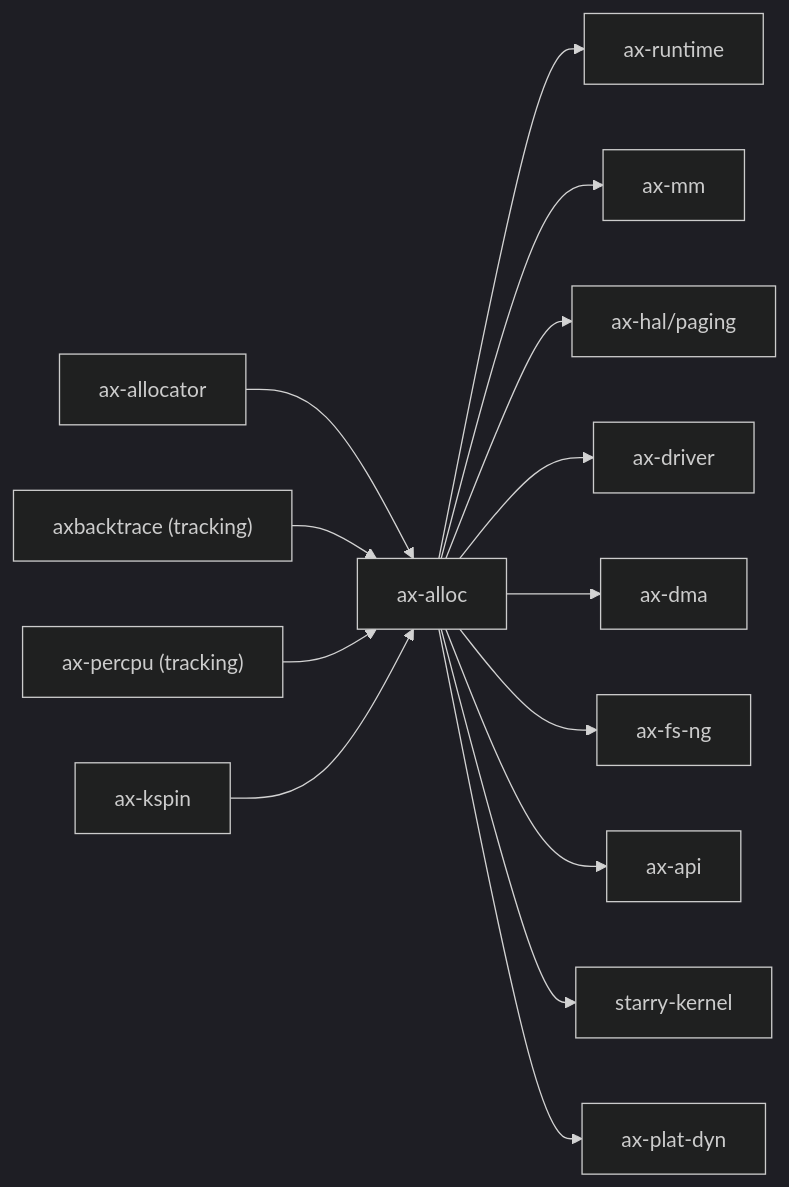
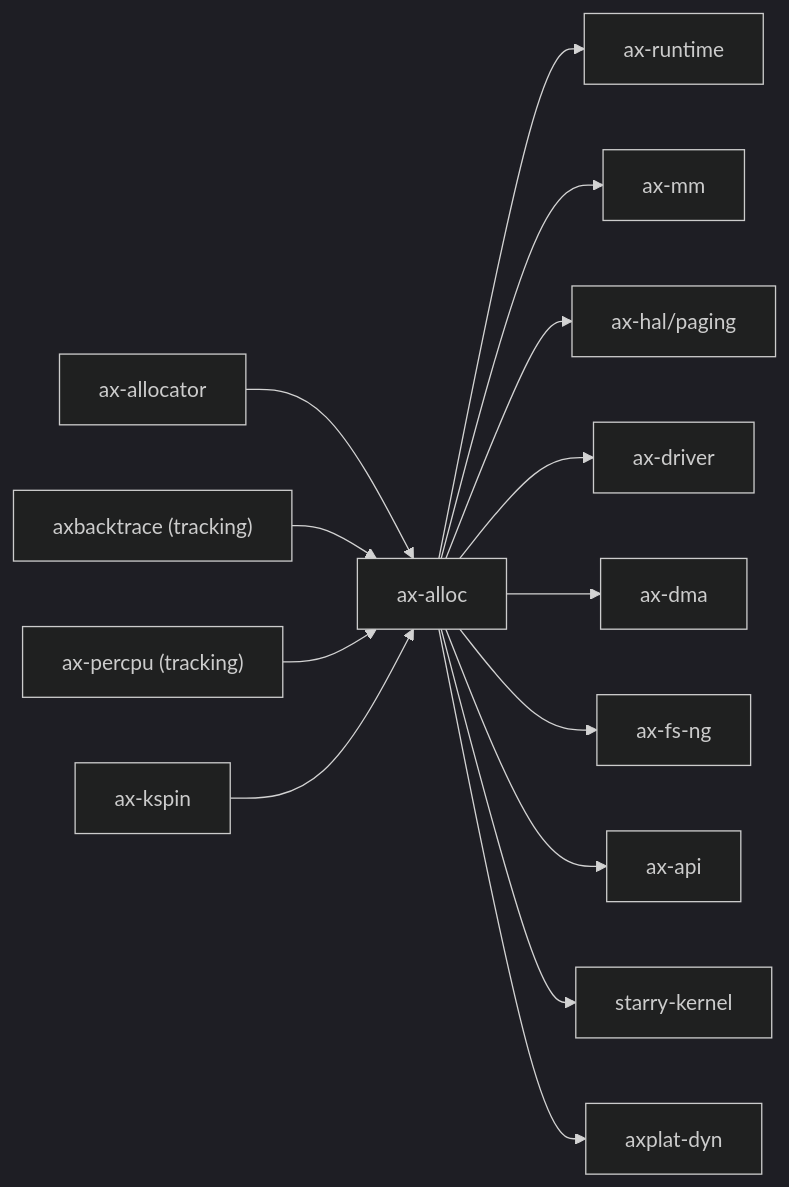
One commit to rcore-os/tgoskits changed the second of 2 diagrams in docs/docs/components/crates/ax-alloc.md. Above: the diagram before and after it, drawn with Mermaid (dark theme). The commit also changed 38 other files, not shown here.

First line of the commit message:
refactor: restructure axplat-dyn platform module

````diff
--- a/docs/docs/components/crates/ax-alloc.md
+++ b/docs/docs/components/crates/ax-alloc.md
@@ -82,17 +82,17 @@
 ```mermaid
 graph LR
     ax-allocator["ax-allocator"] --> ax-alloc["ax-alloc"]
     axbacktrace["axbacktrace (tracking)"] --> ax-alloc
     ax-percpu["ax-percpu (tracking)"] --> ax-alloc
     ax_kspin["ax-kspin"] --> ax-alloc
 
     ax-alloc --> ax-runtime["ax-runtime"]
     ax-alloc --> ax-mm["ax-mm"]
     ax-alloc --> ax-hal["ax-hal/paging"]
     ax-alloc --> ax-driver["ax-driver"]
     ax-alloc --> ax_dma["ax-dma"]
     ax-alloc --> axfsng["ax-fs-ng"]
     ax-alloc --> ax-api["ax-api"]
     ax-alloc --> starry_kernel["starry-kernel"]
-    ax-alloc --> ax_plat_dyn["ax-plat-dyn"]
+    ax-alloc --> axplat_dyn["axplat-dyn"]
 ```
````
